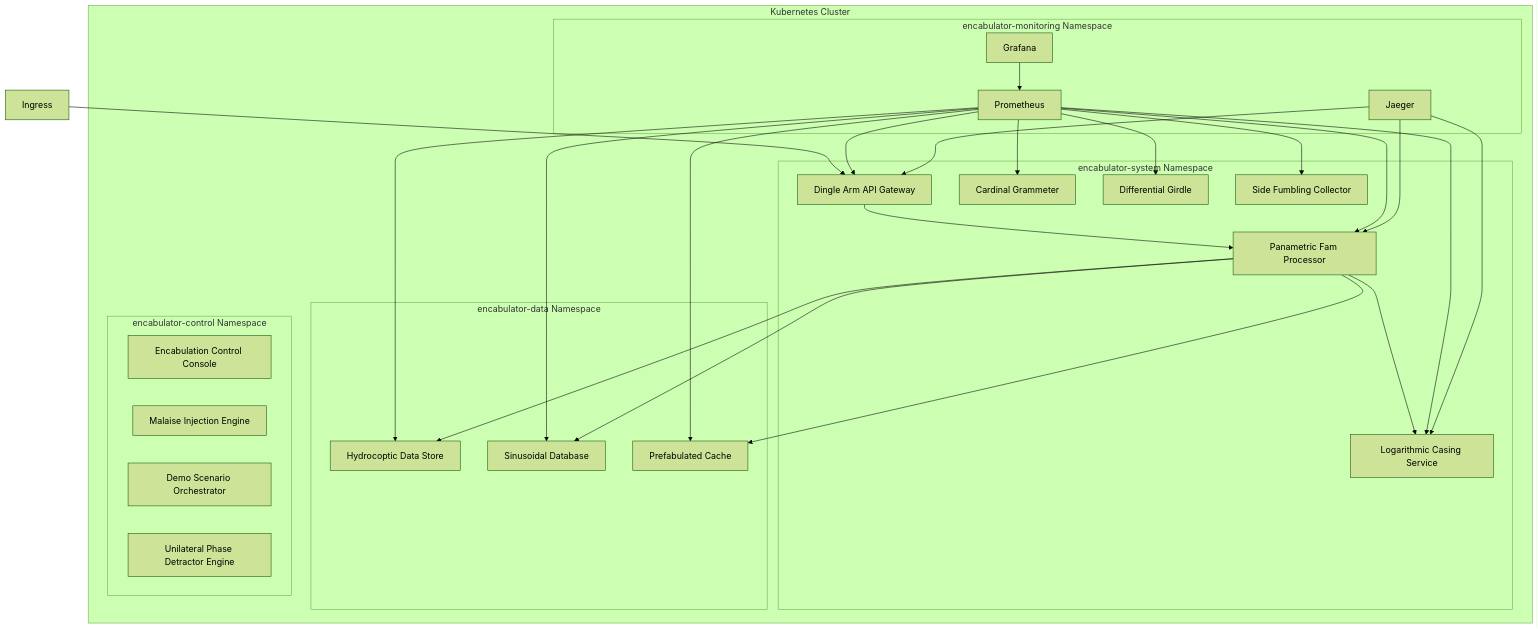
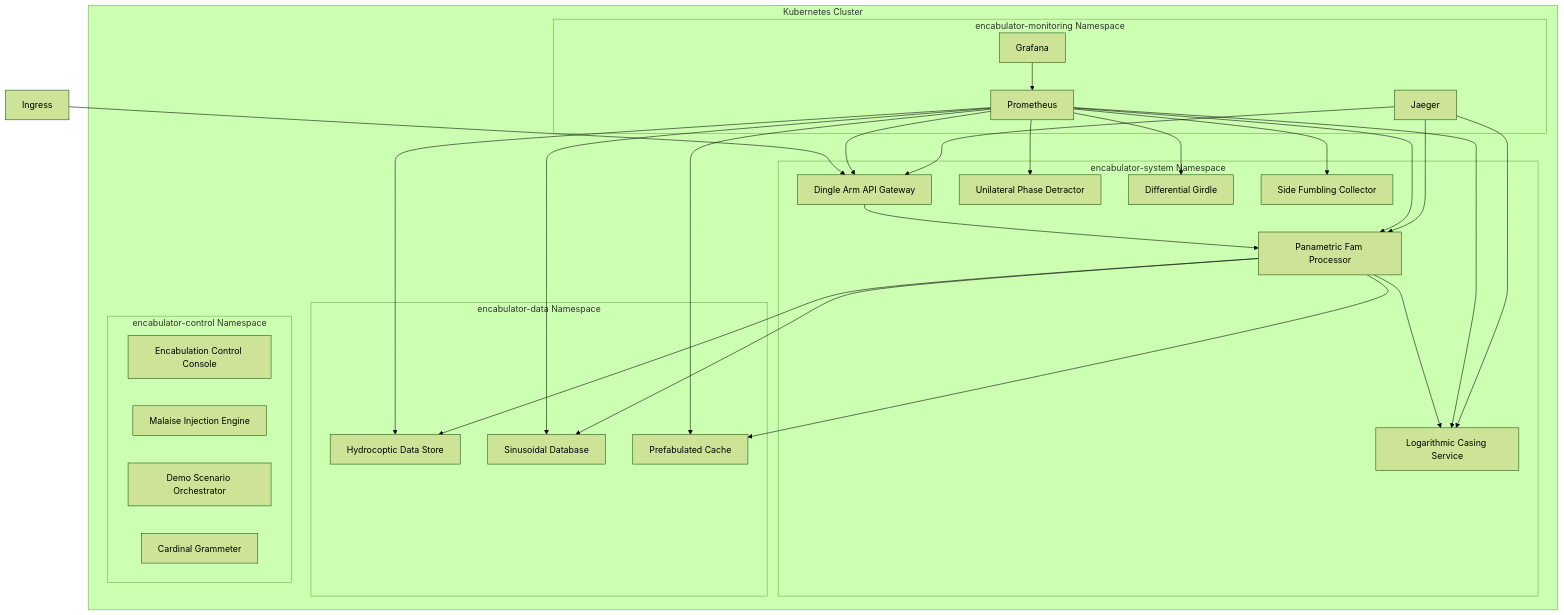
The second of 3 diagrams in .kiro/specs/cloud-native-encabulator-microservices/design.md (cloud-native-encabulator/encabulator), drawn with Mermaid (forest theme) before and after one commit. The commit also changed other lines of this file and 2 other files, not shown here.

````diff
--- a/.kiro/specs/cloud-native-encabulator-microservices/design.md
+++ b/.kiro/specs/cloud-native-encabulator-microservices/design.md
@@ -101,54 +101,54 @@
 ```mermaid
 graph TD
     subgraph "Kubernetes Cluster"
         subgraph "encabulator-system Namespace"
             Gateway[Dingle Arm API Gateway]
             Processor[Panametric Fam Processor]
             MessageBroker[Logarithmic Casing Service]
-            Auth[Cardinal Grammeter]
+            Auth[Unilateral Phase Detractor]
             Config[Differential Girdle]
             ResourceMgr[Side Fumbling Collector]
         end
 
         subgraph "encabulator-data Namespace"
             PrimaryDB[Hydrocoptic Data Store]
             TimeSeriesDB[Sinusoidal Database]
             Cache[Prefabulated Cache]
         end
 
         subgraph "encabulator-monitoring Namespace"
             Prometheus[Prometheus]
             Grafana[Grafana]
             Jaeger[Jaeger]
         end
 
         subgraph "encabulator-control Namespace"
             ControlConsole[Encabulation Control Console]
             ChaosEngine[Malaise Injection Engine]
             DemoOrchestrator[Demo Scenario Orchestrator]
-            TrafficEngine[Unilateral Phase Detractor Engine]
+            TrafficEngine[Cardinal Grammeter]
         end
     end
 
     Ingress --> Gateway
     Gateway --> Processor
     Processor --> PrimaryDB
     Processor --> TimeSeriesDB
     Processor --> Cache
     Processor --> MessageBroker
 
     Prometheus --> Gateway
     Prometheus --> Processor
     Prometheus --> MessageBroker
     Prometheus --> PrimaryDB
     Prometheus --> TimeSeriesDB
     Prometheus --> Cache
     Prometheus --> Auth
     Prometheus --> Config
     Prometheus --> ResourceMgr
 
     Grafana --> Prometheus
     Jaeger --> Gateway
     Jaeger --> Processor
     Jaeger --> MessageBroker
 ```
````
